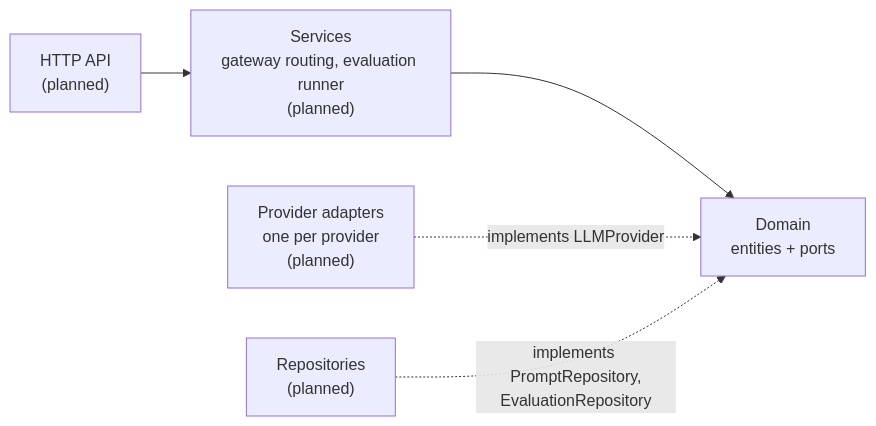
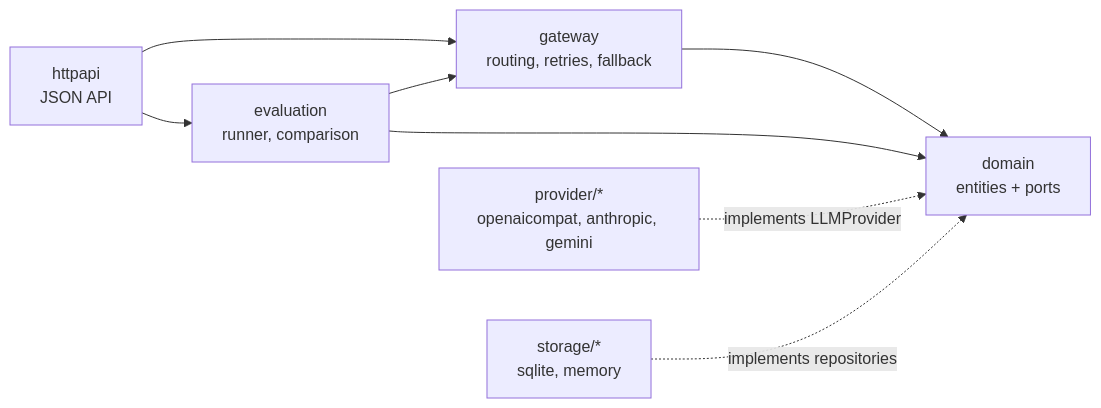
One commit to mustafajarrah/llm-gateway-eval changed the diagram in README.md. Above: the diagram before and after it, drawn with Mermaid. The commit also changed other lines of this file and 6 other files, not shown here.

````diff
--- a/README.md
+++ b/README.md
@@ -38,7 +232,10 @@
 ```mermaid
 flowchart LR
-    HTTP["HTTP API<br/>(planned)"] --> SVC["Services<br/>gateway routing, evaluation runner<br/>(planned)"]
-    SVC --> DOM["Domain<br/>entities + ports"]
-    PROV["Provider adapters<br/>one per provider<br/>(planned)"] -. implements LLMProvider .-> DOM
-    REPO["Repositories<br/>(planned)"] -. implements PromptRepository,<br/>EvaluationRepository .-> DOM
+    HTTP["httpapi<br/>JSON API"] --> GW["gateway<br/>routing, retries, fallback"]
+    HTTP --> EVAL["evaluation<br/>runner, comparison"]
+    EVAL --> GW
+    GW --> DOM["domain<br/>entities + ports"]
+    EVAL --> DOM
+    PROV["provider/*<br/>openaicompat, anthropic, gemini"] -. implements LLMProvider .-> DOM
+    STORE["storage/*<br/>sqlite, memory"] -. implements repositories .-> DOM
 ```
````
